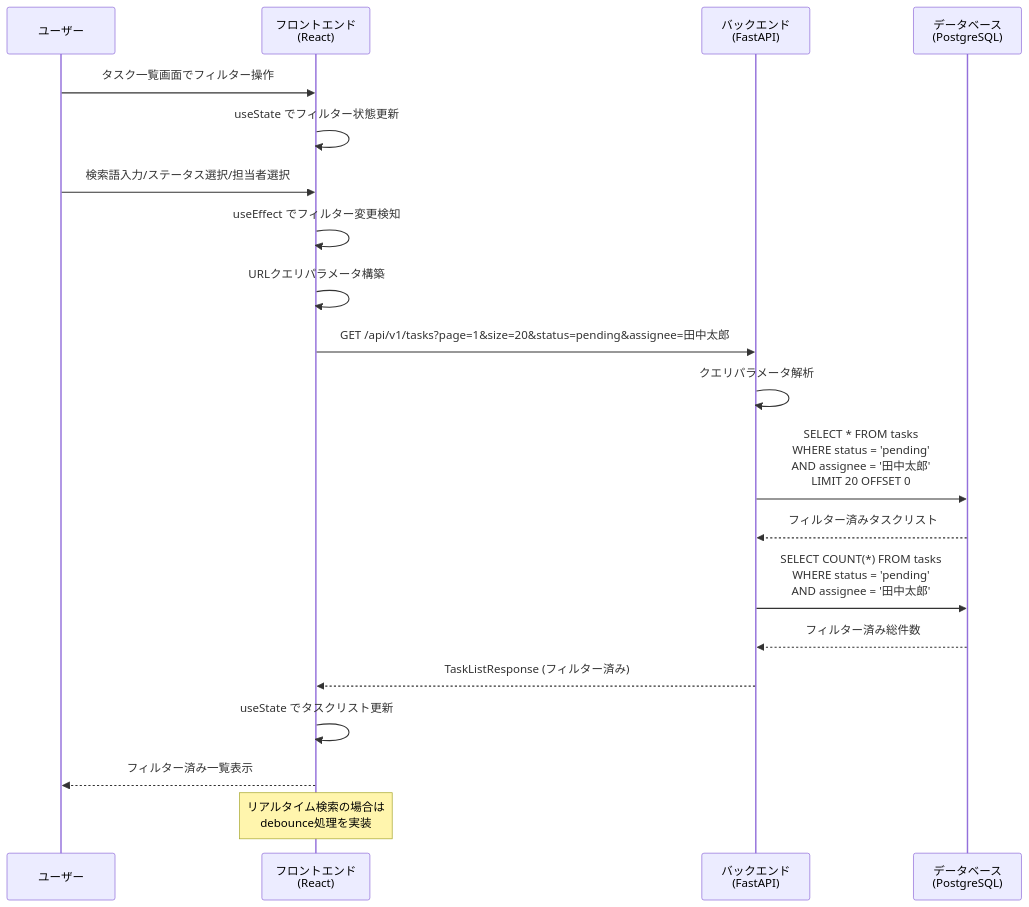
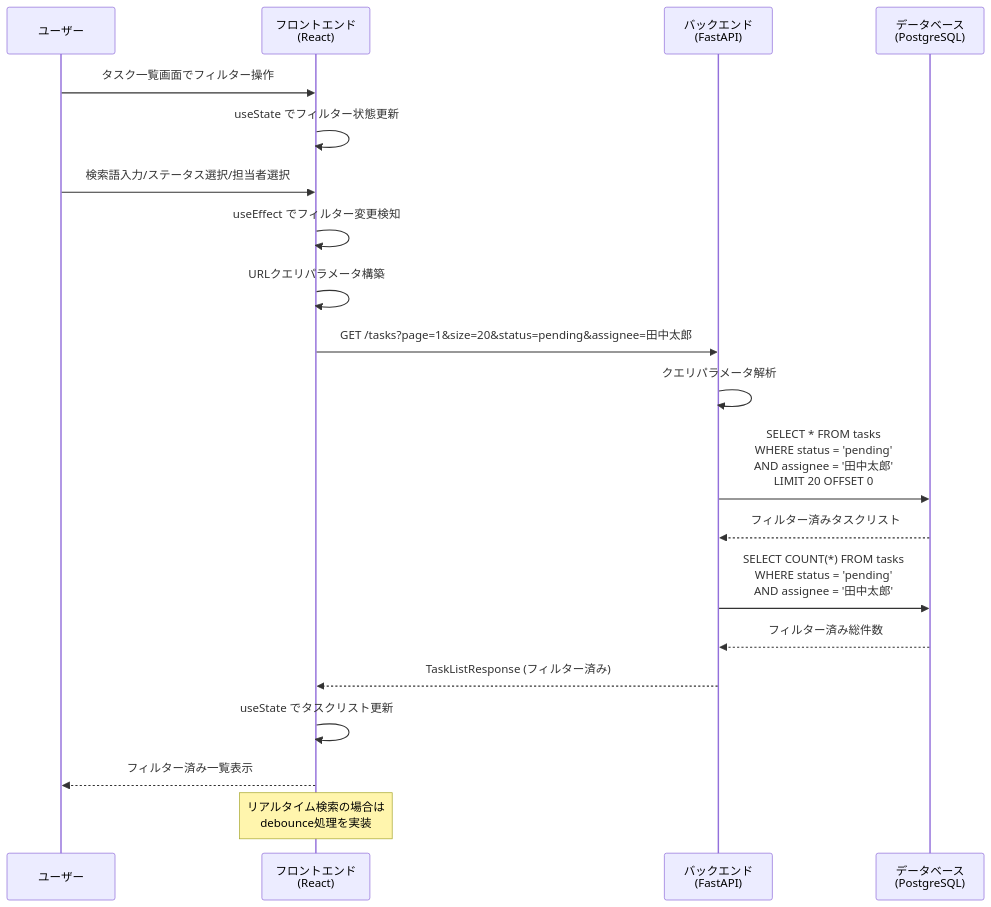
Before and after one commit to dbd-fish/claude-code_task-system: the seventh of 7 diagrams in doc/基本設計/シーケンス図.md, drawn with Mermaid. The commit also changed other lines of this file and 37 other files, not shown here.

````diff
--- a/doc/基本設計/シーケンス図.md
+++ b/doc/基本設計/シーケンス図.md
@@ -240,26 +240,26 @@
 ```mermaid
 sequenceDiagram
     participant U as ユーザー
     participant F as フロントエンド<br/>(React)
     participant B as バックエンド<br/>(FastAPI)
     participant D as データベース<br/>(PostgreSQL)
 
     U->>F: タスク一覧画面でフィルター操作
     F->>F: useState でフィルター状態更新
     
     U->>F: 検索語入力/ステータス選択/担当者選択
     F->>F: useEffect でフィルター変更検知
     F->>F: URLクエリパラメータ構築
     
-    F->>B: GET /api/v1/tasks?page=1&size=20&status=pending&assignee=田中太郎
+    F->>B: GET /tasks?page=1&size=20&status=pending&assignee=田中太郎
     B->>B: クエリパラメータ解析
     B->>D: SELECT * FROM tasks<br/>WHERE status = 'pending'<br/>AND assignee = '田中太郎'<br/>LIMIT 20 OFFSET 0
     D-->>B: フィルター済みタスクリスト
     B->>D: SELECT COUNT(*) FROM tasks<br/>WHERE status = 'pending'<br/>AND assignee = '田中太郎'
     D-->>B: フィルター済み総件数
     B-->>F: TaskListResponse (フィルター済み)
     F->>F: useState でタスクリスト更新
     F-->>U: フィルター済み一覧表示
     
     Note over F: リアルタイム検索の場合は<br/>debounce処理を実装
 ```
````
